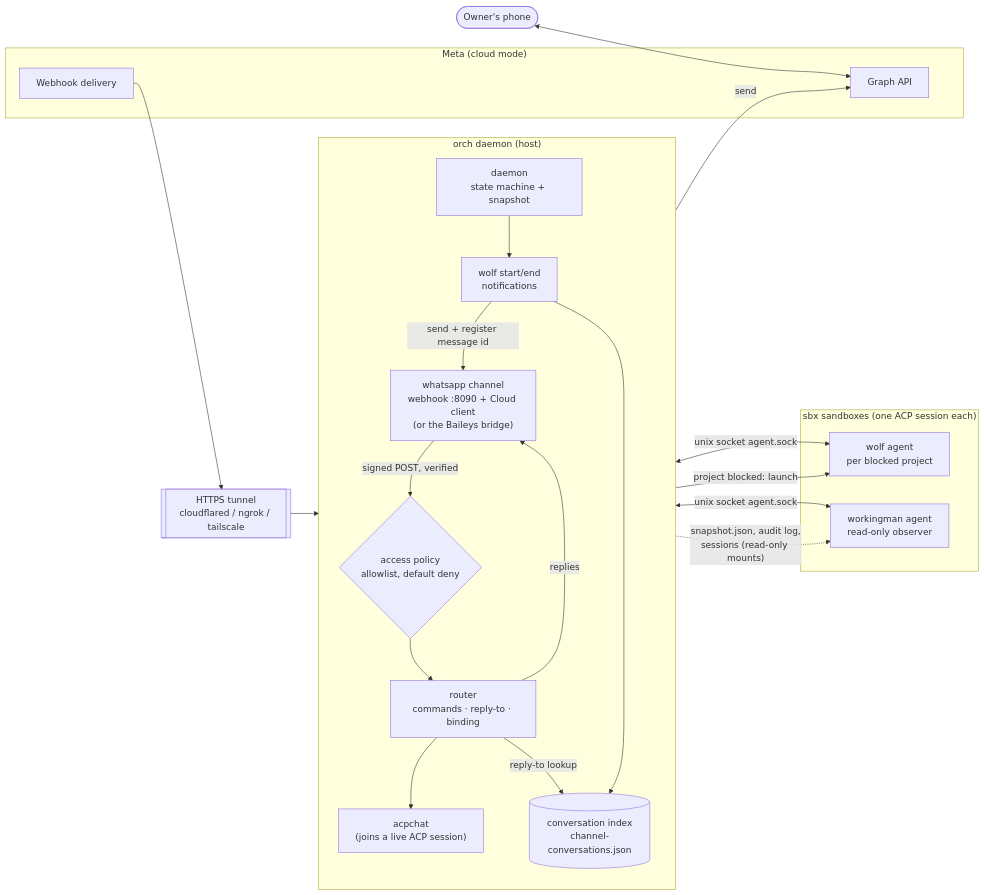
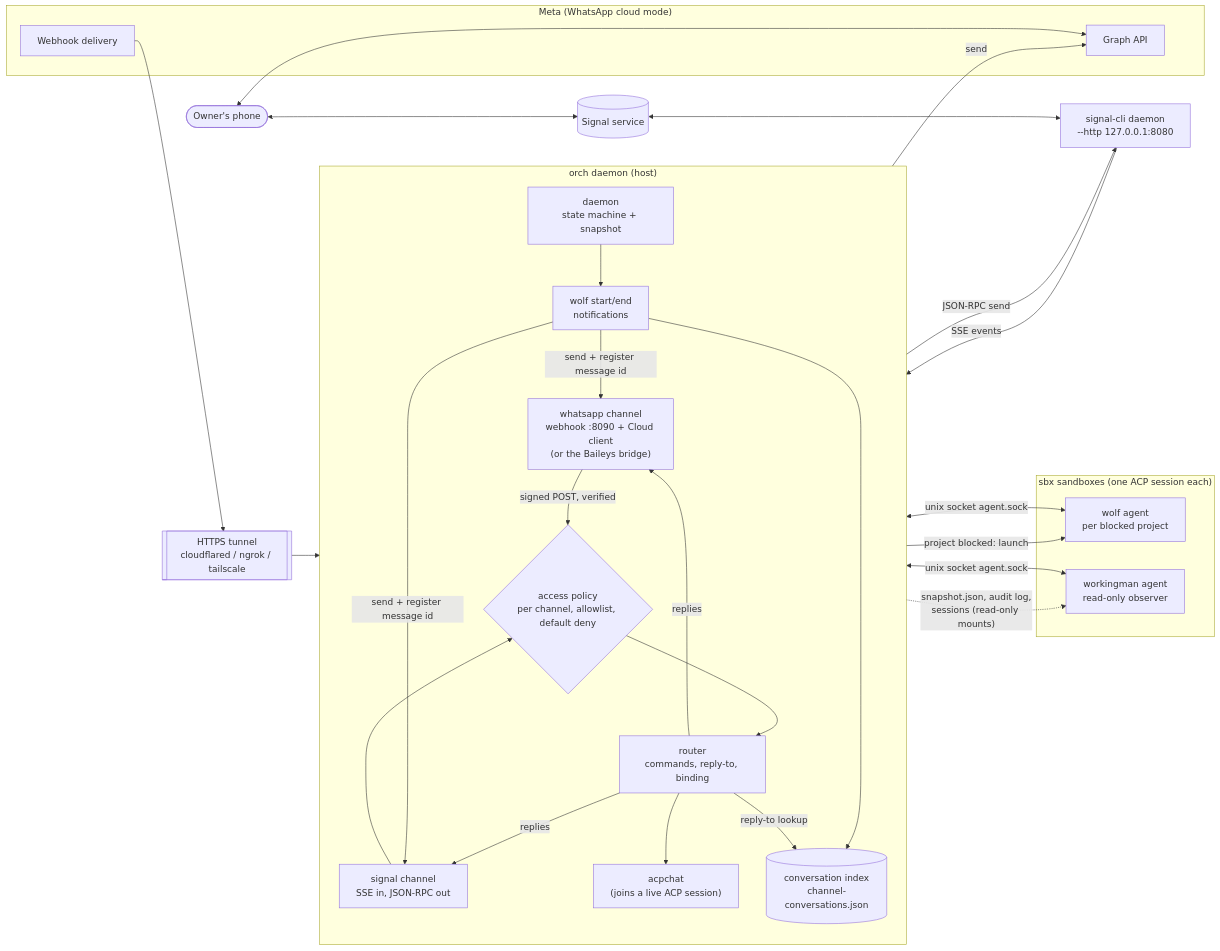
One commit to slimslenderslacks/workingman changed the diagram in docs/channels.md. Above: the diagram before and after it, drawn with Mermaid. The commit also changed other lines of this file and 3 other files, not shown here.

Commit message:
Document Signal channel and binding agents to it

````diff
--- a/docs/channels.md
+++ b/docs/channels.md
@@ -26,40 +30,53 @@
 ```mermaid
 flowchart LR
     phone([Owner's phone])
 
-    subgraph meta["Meta (cloud mode)"]
+    subgraph meta["Meta (WhatsApp cloud mode)"]
         graphapi[Graph API]
         hook[Webhook delivery]
     end
     tunnel[[HTTPS tunnel<br/>cloudflared / ngrok / tailscale]]
 
+    signalsvc[(Signal service)]
+    sigcli["signal-cli daemon<br/>--http 127.0.0.1:8080"]
+
     subgraph orch["orch daemon (host)"]
         direction TB
         chan["whatsapp channel<br/>webhook :8090 + Cloud client<br/>(or the Baileys bridge)"]
-        policy{"access policy<br/>allowlist, default deny"}
-        router["router<br/>commands · reply-to · binding"]
+        sigchan["signal channel<br/>SSE in, JSON-RPC out"]
+        policy{"access policy<br/>per channel, allowlist, default deny"}
+        router["router<br/>commands, reply-to, binding"]
         index[("conversation index<br/>channel-conversations.json")]
         notify["wolf start/end<br/>notifications"]
         daemon["daemon<br/>state machine + snapshot"]
         acpchat["acpchat<br/>(joins a live ACP session)"]
     end
 
     subgraph sandboxes["sbx sandboxes (one ACP session each)"]
         wolf["wolf agent<br/>per blocked project"]
         wm["workingman agent<br/>read-only observer"]
     end
 
     phone <--> graphapi
+    phone <--> signalsvc
+    signalsvc <--> sigcli
     hook --> tunnel --> chan
-    chan -->|"signed POST, verified"| policy --> router
+    sigcli -->|"SSE events"| sigchan
+    sigchan -->|"JSON-RPC send"| sigcli
+    chan -->|"signed POST, verified"| policy
+    sigchan --> policy
+    policy --> router
     router --> acpchat
     acpchat <-->|"unix socket agent.sock"| wolf
     acpchat <-->|"unix socket agent.sock"| wm
     router -->|"replies"| chan
+    router -->|"replies"| sigchan
     daemon -->|"project blocked: launch"| wolf
-    daemon --> notify -->|"send + register message id"| chan
+    daemon --> notify
+    notify -->|"send + register message id"| chan
+    notify -->|"send + register message id"| sigchan
     notify --> index
     router -->|"reply-to lookup"| index
     daemon -. "snapshot.json, audit log,<br/>sessions (read-only mounts)" .-> wm
     chan -->|"send"| graphapi
 ```
````
